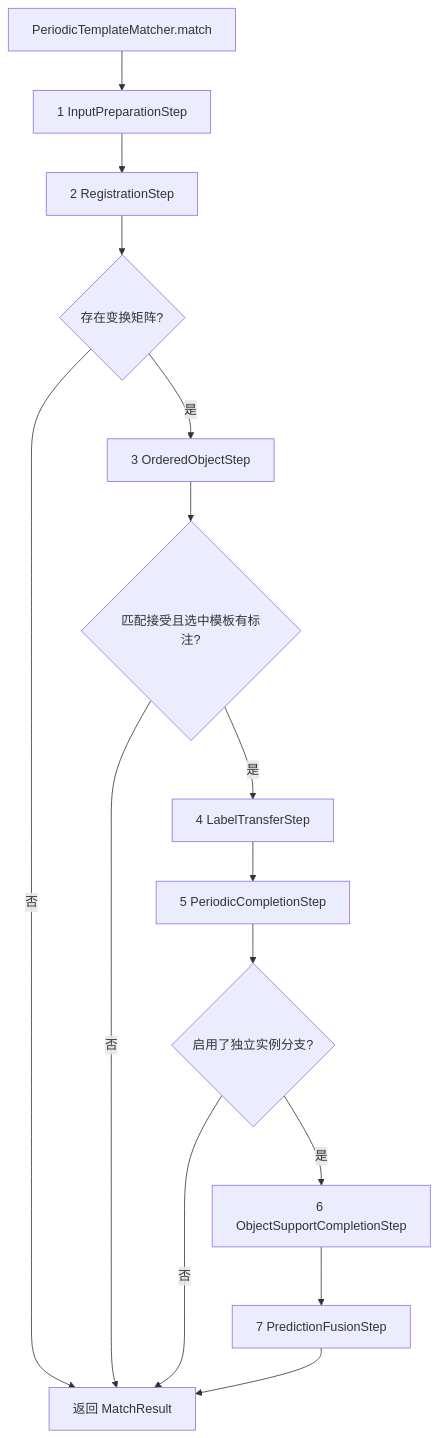
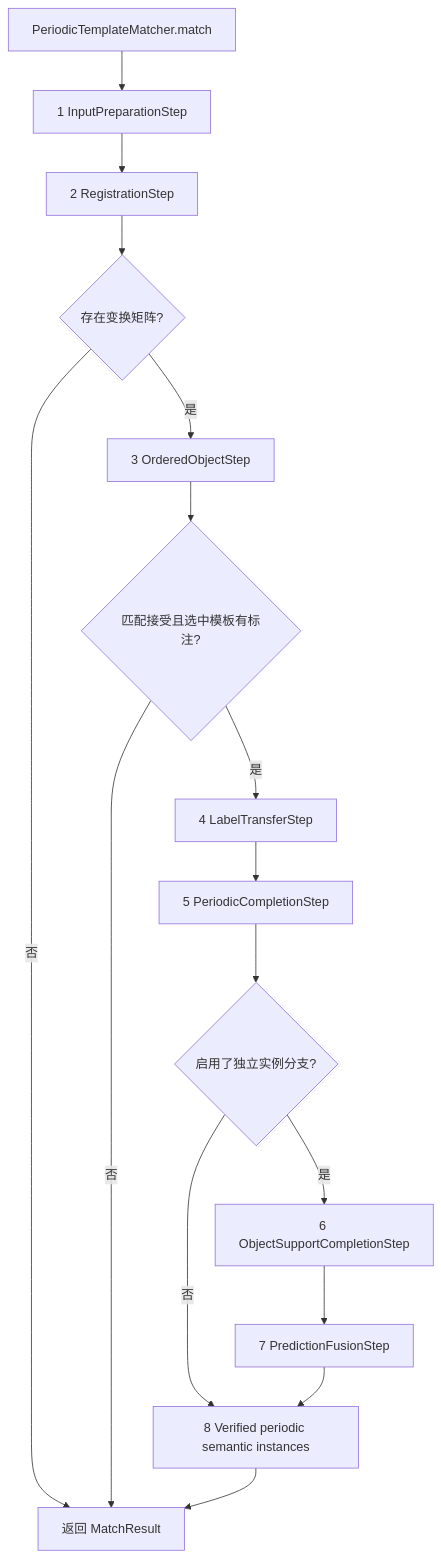
One commit to babywakeup/code_judge changed the diagram in periodic_template_matcher/ARCHITECTURE.md. Above: the diagram before and after it, drawn with Mermaid. The commit also changed other lines of this file and 67 other files, not shown here.

````diff
--- a/periodic_template_matcher/ARCHITECTURE.md
+++ b/periodic_template_matcher/ARCHITECTURE.md
@@ -59,17 +65,18 @@
 ```mermaid
 flowchart TD
     API[PeriodicTemplateMatcher.match] --> Prepare[1 InputPreparationStep]
     Prepare --> Register[2 RegistrationStep]
     Register --> Geometry{存在变换矩阵?}
     Geometry -- 否 --> Return[返回 MatchResult]
     Geometry -- 是 --> Objects[3 OrderedObjectStep]
     Objects --> Accepted{匹配接受且选中模板有标注?}
     Accepted -- 否 --> Return
     Accepted -- 是 --> Transfer[4 LabelTransferStep]
     Transfer --> Periodic[5 PeriodicCompletionStep]
     Periodic --> Located{启用了独立实例分支?}
-    Located -- 否 --> Return
+    Located -- 否 --> Interior[8 Verified periodic semantic instances]
     Located -- 是 --> Support[6 ObjectSupportCompletionStep]
     Support --> Fusion[7 PredictionFusionStep]
-    Fusion --> Return
+    Fusion --> Interior
+    Interior --> Return
 ```
````
